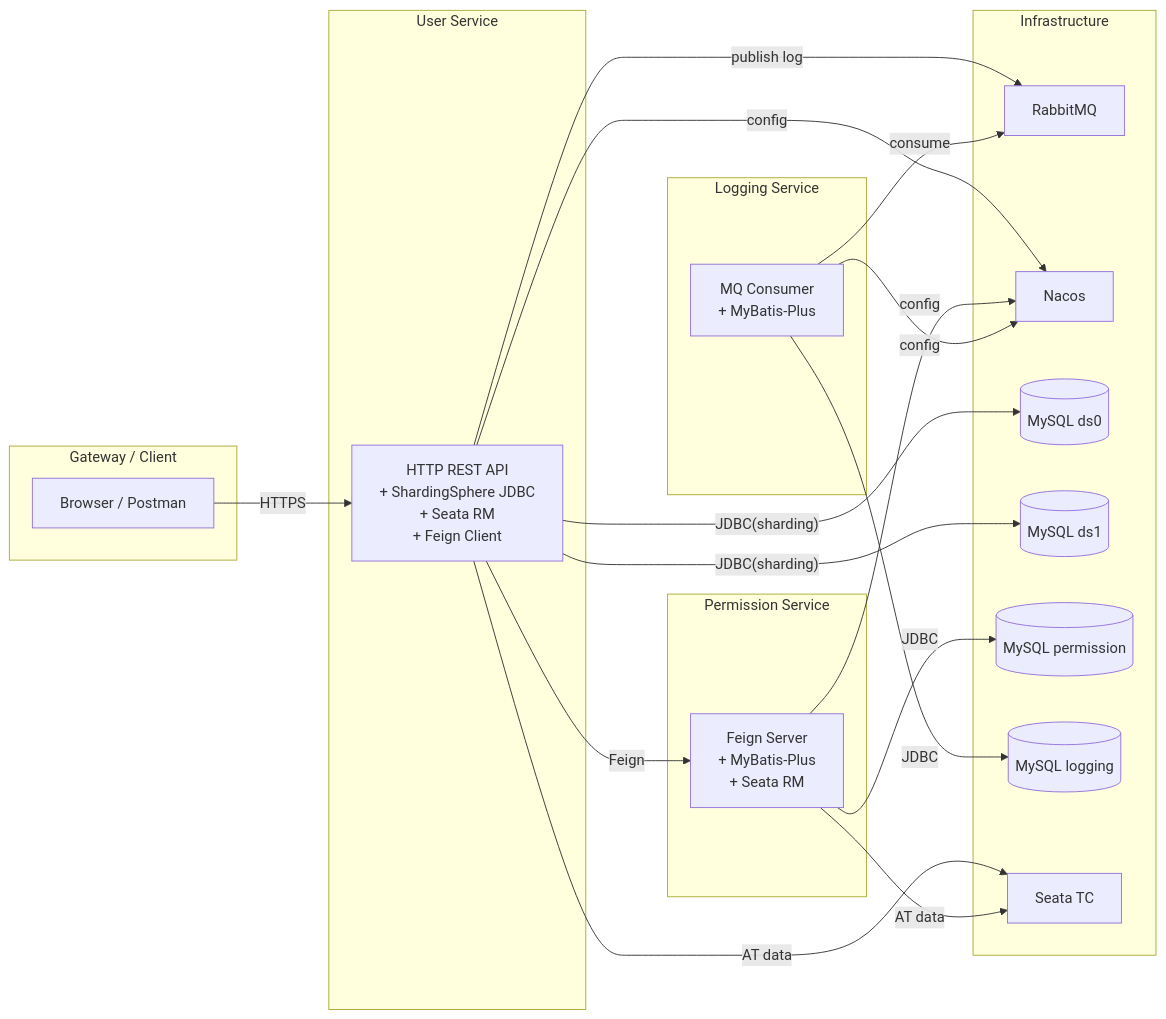
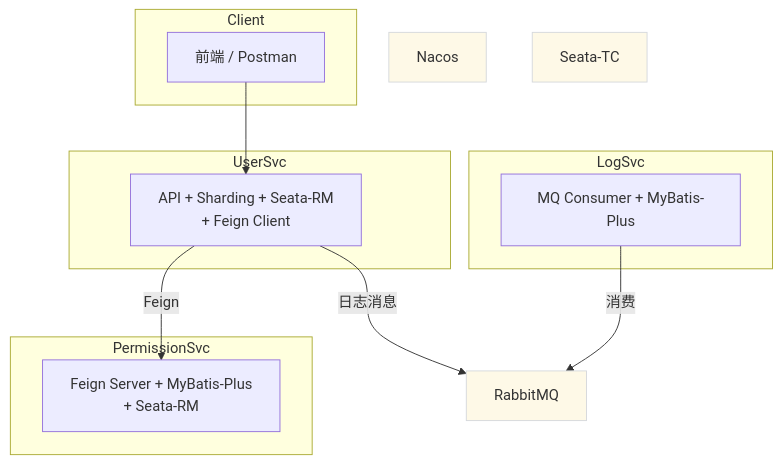
The first of 3 diagrams in 设计文档.md (Ho-da-ka/AuthDemo), drawn with Mermaid before and after one commit. The commit also changed other lines of this file and 55 other files, not shown here.

First line of the commit message:
refactor(user-service): 重构用户服务并优化分布式事务配置

````diff
--- a/设计文档.md
+++ b/设计文档.md
@@ -25,37 +49,23 @@
 ```mermaid
-%% 引用自工具生成
-graph LR
-  subgraph "Gateway / Client"
-    A[Browser / Postman]
+graph TD
+  subgraph Client
+    C[前端 / Postman]
   end
-  subgraph "User Service"
-    US[HTTP REST API\n+ ShardingSphere JDBC\n+ Seata RM\n+ Feign Client]
+  subgraph UserSvc
+    US[API + Sharding + Seata-RM\n+ Feign Client]
   end
-  subgraph "Permission Service"
-    PS[Feign Server\n+ MyBatis-Plus\n+ Seata RM]
+  subgraph PermissionSvc
+    PS[Feign Server + MyBatis-Plus\n+ Seata-RM]
   end
-  subgraph "Logging Service"
-    LS[MQ Consumer\n+ MyBatis-Plus]
+  subgraph LogSvc
+    LS[MQ Consumer + MyBatis-Plus]
   end
-  subgraph "Infrastructure"
-    MQ[RabbitMQ]
-    NA[Nacos]
-    DB0[(MySQL ds0)]
-    DB1[(MySQL ds1)]
-    PERM_DB[(MySQL permission)]
-    LOG_DB[(MySQL logging)]
-    SEATA_TC[Seata TC]
-  end
-  A -- HTTPS --> US
+  MQ[RabbitMQ]:::infra
+  NA[Nacos]:::infra
+  SEATA[Seata-TC]:::infra
+  C --> US
   US -- Feign --> PS
-  US -- publish log --> MQ
-  LS -- consume --> MQ
-  US -- JDBC(sharding) --> DB0 & DB1
-  PS -- JDBC --> PERM_DB
-  LS -- JDBC --> LOG_DB
-  US -- config --> NA
-  PS -- config --> NA
-  LS -- config --> NA
-  US -- AT data --> SEATA_TC
-  PS -- AT data --> SEATA_TC
+  US -- 日志消息 --> MQ
+  LS -- 消费 --> MQ
+  classDef infra fill:#fef9e7,stroke:#d5d8dc;
 ```
````
